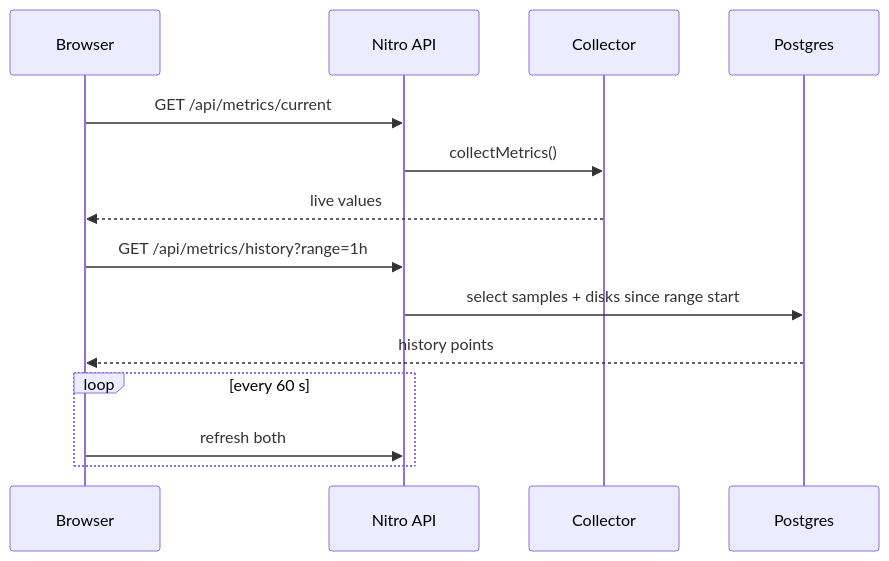
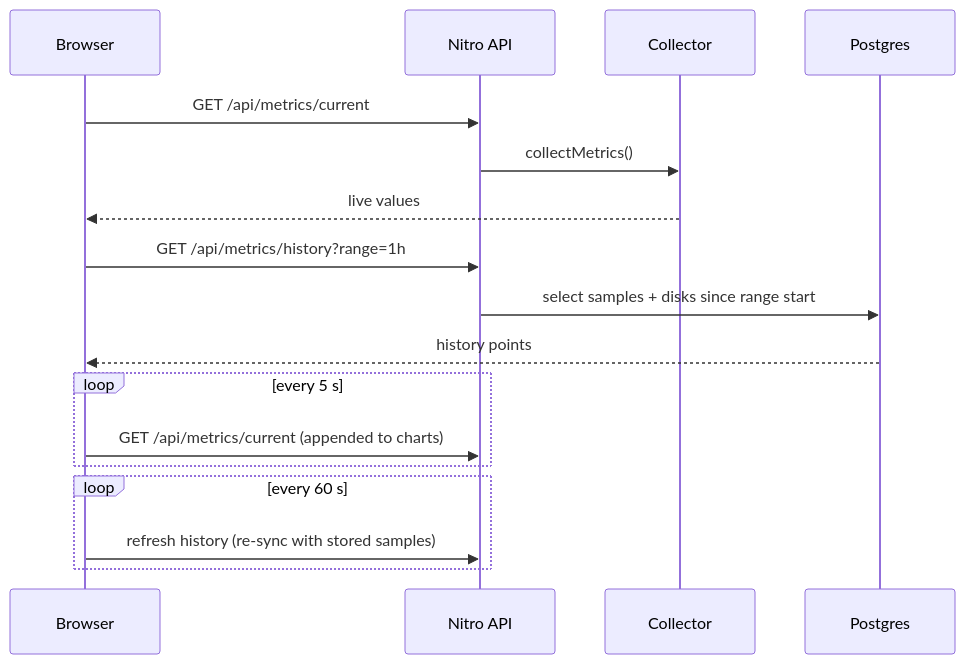
Before and after one commit to TryYourIdeas/get-server-metrics: the second of 2 diagrams in docs/user-guides/manual.md, drawn with Mermaid. The commit also changed other lines of this file and 5 other files, not shown here.

Commit message:
Resources chart

````diff
--- a/docs/user-guides/manual.md
+++ b/docs/user-guides/manual.md
@@ -58,16 +58,19 @@
 ```mermaid
 sequenceDiagram
   participant B as Browser
   participant API as Nitro API
   participant C as Collector
   participant DB as Postgres
   B->>API: GET /api/metrics/current
   API->>C: collectMetrics()
   C-->>B: live values
   B->>API: GET /api/metrics/history?range=1h
   API->>DB: select samples + disks since range start
   DB-->>B: history points
+  loop every 5 s
+    B->>API: GET /api/metrics/current (appended to charts)
+  end
   loop every 60 s
-    B->>API: refresh both
+    B->>API: refresh history (re-sync with stored samples)
   end
 ```
````
